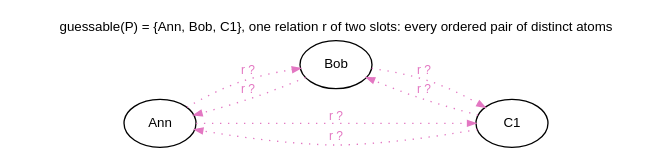
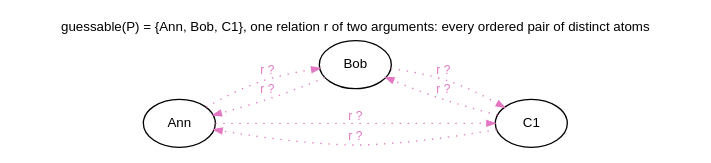
One commit to agutikov/ein changed the diagram in docs/ein/reasoning/02-kb-evolution/diagrams/04-blind-enumerator.dot. Above: the diagram before and after it, drawn with Graphviz. The commit also changed 23 other files, not shown here.

```diff
--- a/docs/ein/reasoning/02-kb-evolution/diagrams/04-blind-enumerator.dot
+++ b/docs/ein/reasoning/02-kb-evolution/diagrams/04-blind-enumerator.dot
@@ -1,11 +1,11 @@
 digraph blind {
-  graph [rankdir=LR, nodesep=0.3, ranksep=0.9, fontname="Helvetica", fontsize=10, label="guessable(P) = {Ann, Bob, C1}, one relation r of two slots: every ordered pair of distinct atoms", labelloc=t];
+  graph [rankdir=LR, nodesep=0.3, ranksep=0.9, fontname="Helvetica", fontsize=10, label="guessable(P) = {Ann, Bob, C1}, one relation r of two arguments: every ordered pair of distinct atoms", labelloc=t];
   node [fontname="Helvetica", fontsize=10, shape=oval];
   edge [fontname="Helvetica", fontsize=9, style=dotted, color="#e377c2", fontcolor="#e377c2", arrowsize=0.6];
   Ann -> Bob [label="r ?"];
   Bob -> Ann [label="r ?"];
   Ann -> C1 [label="r ?"];
   C1 -> Ann [label="r ?"];
   Bob -> C1 [label="r ?"];
   C1 -> Bob [label="r ?"];
 }
```
